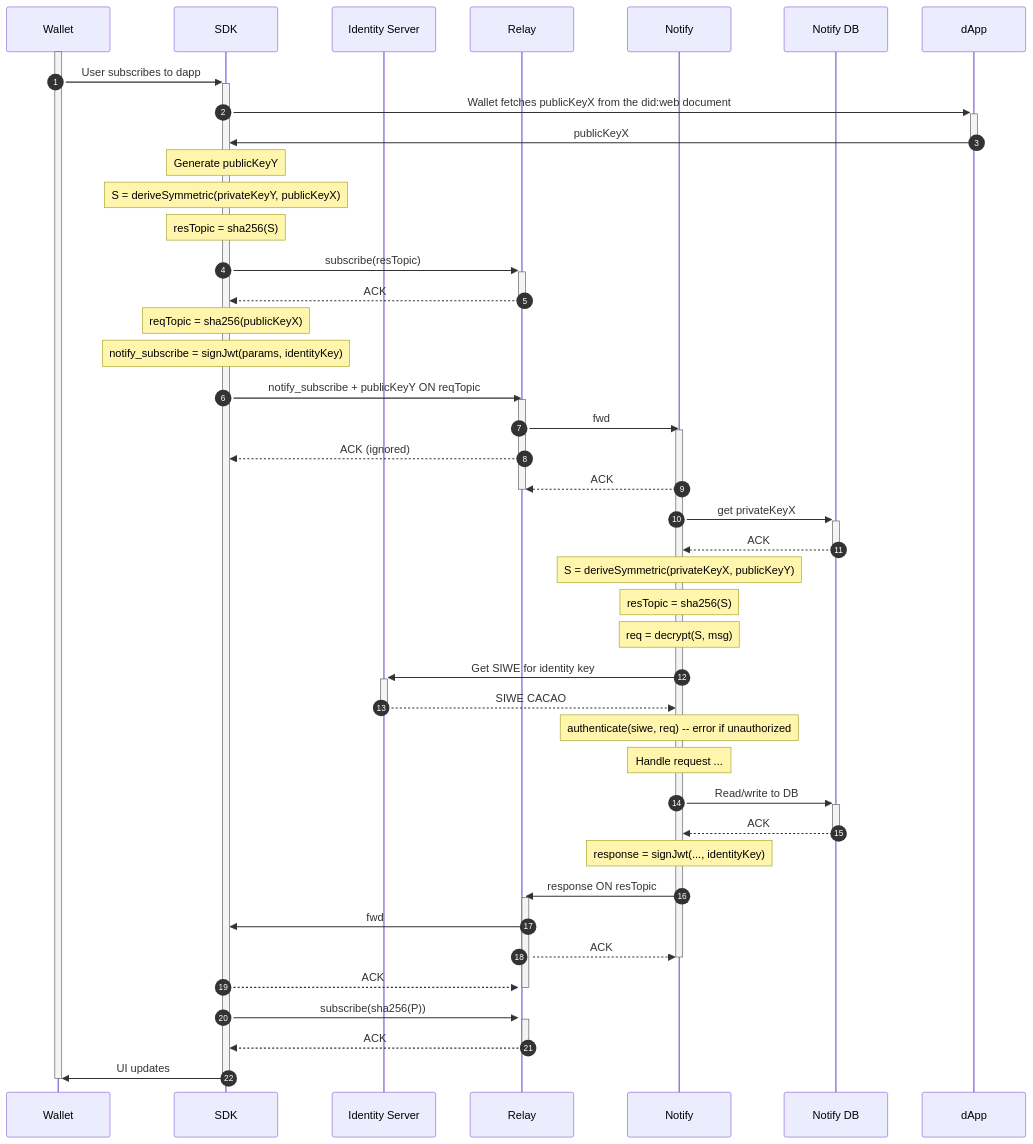
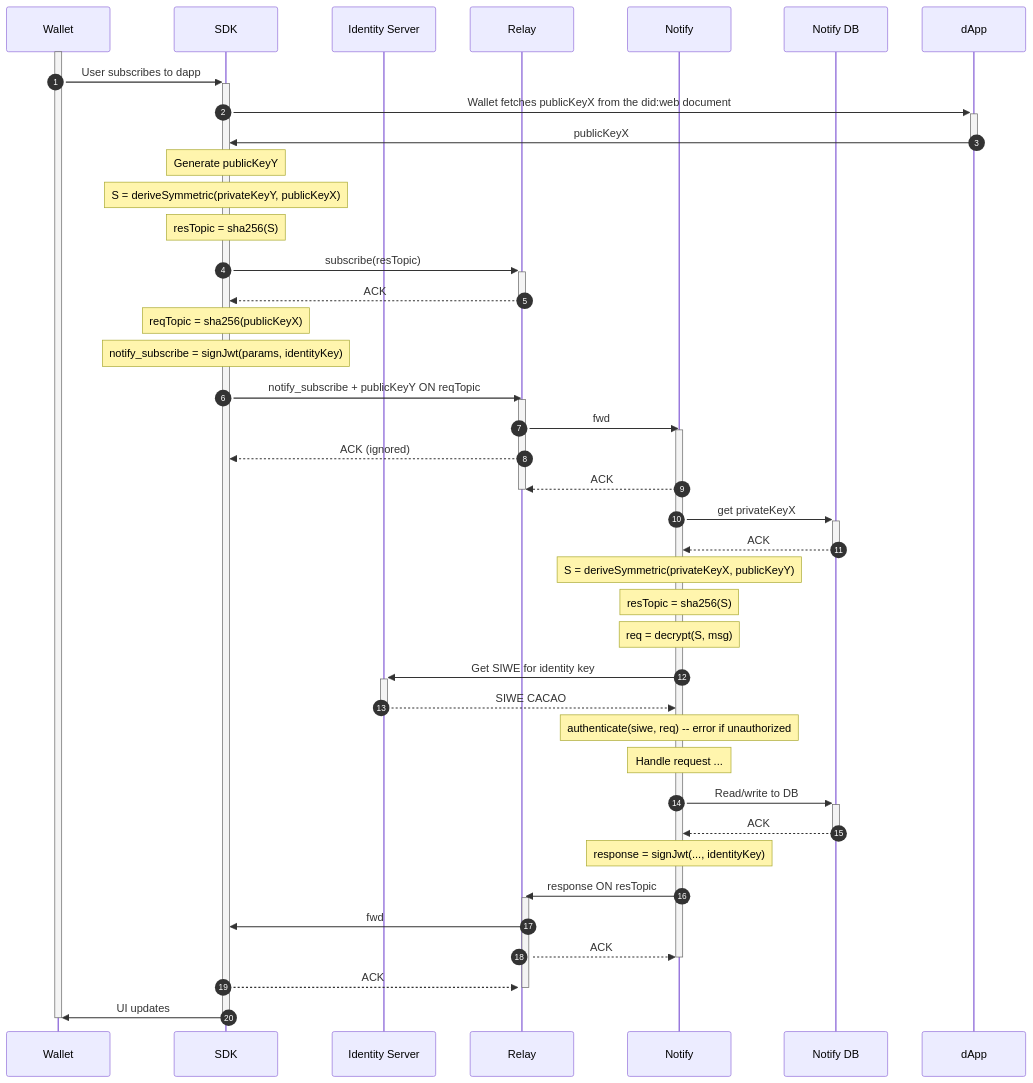
Before and after one commit to WalletConnect/walletconnect-specs: the third of 3 diagrams in docs/specs/clients/notify/rpc-methods.md, drawn with Mermaid. The commit also changed other lines of this file, not shown here.

Commit message:
fix: subscribe requests

````diff
--- a/docs/specs/clients/notify/rpc-methods.md
+++ b/docs/specs/clients/notify/rpc-methods.md
@@ -186,54 +183,52 @@
 ```mermaid
 sequenceDiagram
   autonumber
   participant U AS Wallet
   participant W AS SDK
   participant I AS Identity Server
   participant R as Relay
   participant N AS Notify
   participant D as Notify DB
   participant A as dApp
 
   %% Request
   activate U
   U->>+W: User subscribes to dapp
   W->>+A: Wallet fetches publicKeyX from the did:web document
   A->>-W: publicKeyX
   Note over W: Generate publicKeyY
   Note over W: S = deriveSymmetric(privateKeyY, publicKeyX)
   Note over W: resTopic = sha256(S)
   W->>+R: subscribe(resTopic)
   R-->>-W: ACK
   Note over W: reqTopic = sha256(publicKeyX)
   Note over W: notify_subscribe = signJwt(params, identityKey)
   W->>R: notify_subscribe + publicKeyY ON reqTopic
   activate R
   R->>N: fwd
   activate N
   R-->>W: ACK (ignored)
   N-->>R: ACK
   deactivate R
   N->>+D: get privateKeyX
   D-->>-N: ACK
   Note over N: S = deriveSymmetric(privateKeyX, publicKeyY)
   Note over N: resTopic = sha256(S)
   Note over N: req = decrypt(S, msg)
   N->>+I: Get SIWE for identity key
   I-->>-N: SIWE CACAO
   Note over N: authenticate(siwe, req) -- error if unauthorized
   Note over N: Handle request ...
   N->>+D: Read/write to DB
   D-->>-N: ACK
   Note over N: response = signJwt(..., identityKey)
   N->>+R: response ON resTopic
   activate R
   R->>W: fwd
   R-->>N: ACK
   deactivate N
   W-->>R: ACK
   deactivate R
-  W->>+R: subscribe(sha256(P))
-  R-->>-W: ACK
   W->>-U: UI updates
   deactivate U
 ```
````
